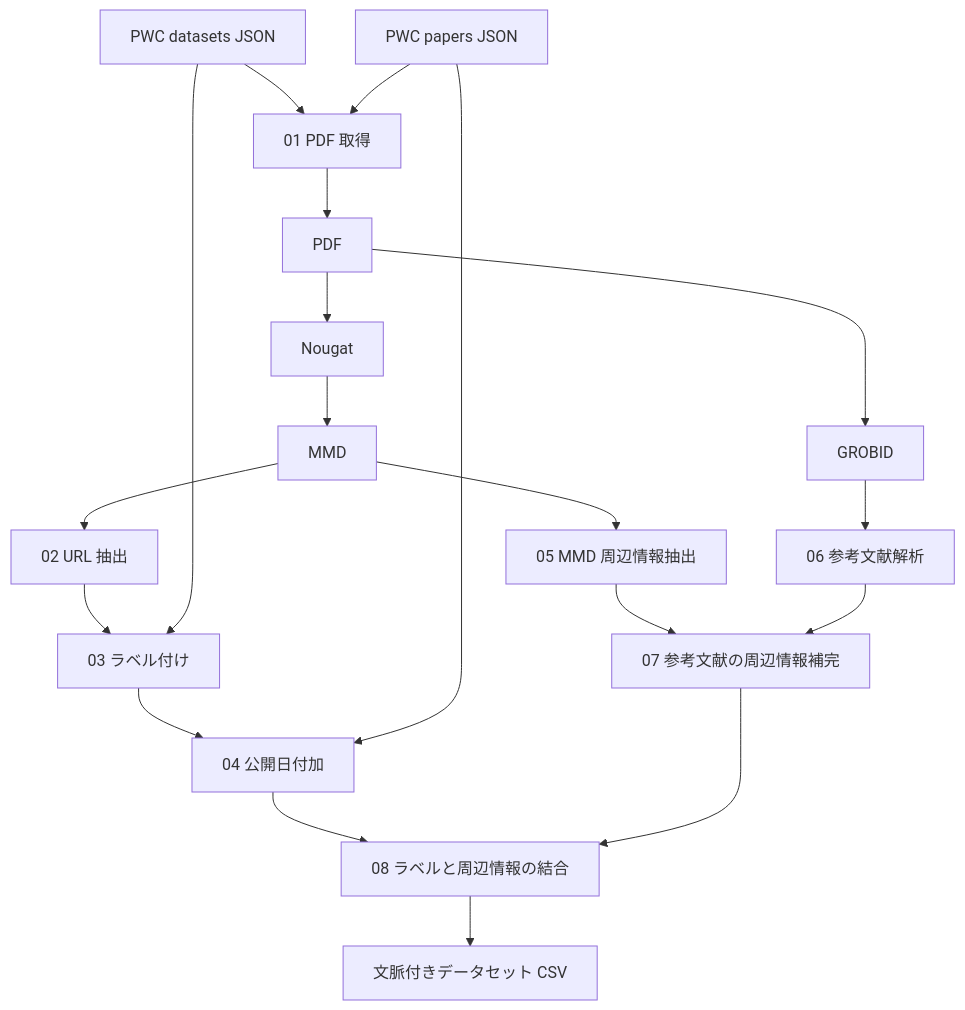
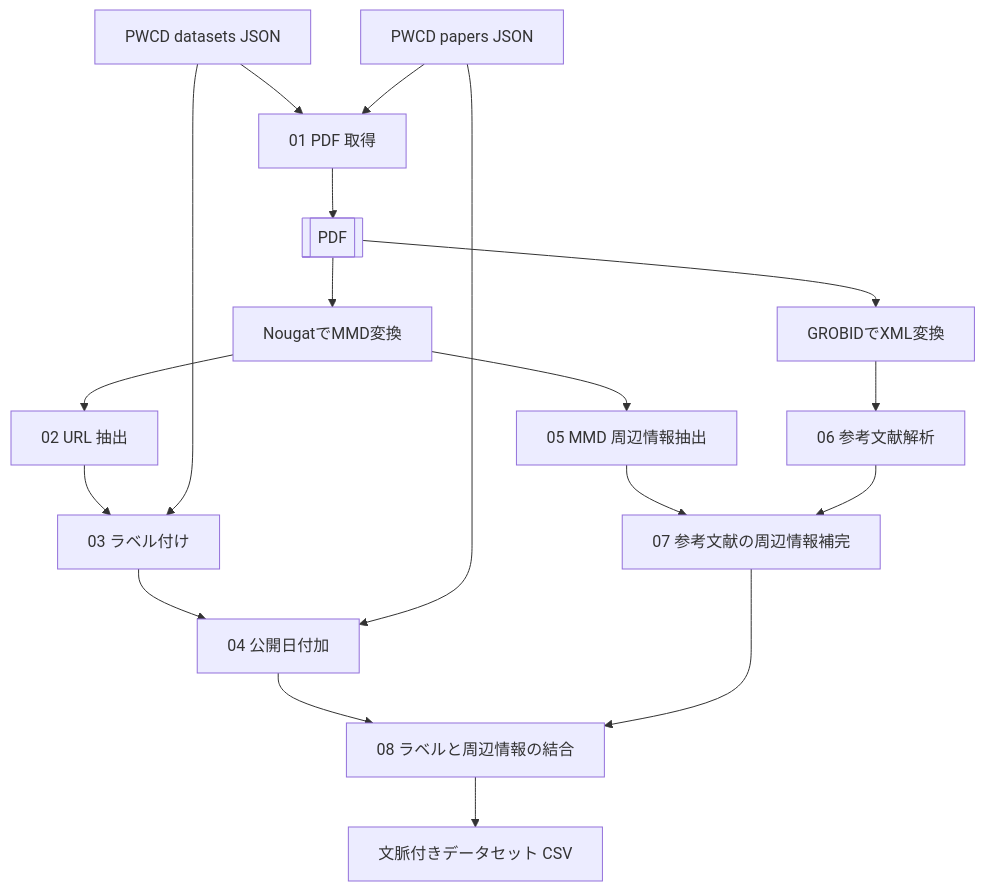
The diagram in data_construction_release/README_JA.md (ryoma1014/data-producing), drawn with Mermaid before and after one commit. The commit also changed other lines of this file and 7 other files, not shown here.

````diff
--- a/data_construction_release/README_JA.md
+++ b/data_construction_release/README_JA.md
@@ -9,21 +9,20 @@
 ```mermaid
 flowchart TD
-    A[PWC datasets JSON] --> B[01 PDF 取得]
-    P[PWC papers JSON] --> B
-    B --> C[PDF]
-    C --> N[Nougat]
-    N --> M[MMD]
-    M --> E[02 URL 抽出]
+    A[PWCD datasets JSON] --> B[01 PDF 取得]
+    P[PWCD papers JSON] --> B
+    B --> C[[PDF]]
+    C --> N[NougatでMMD変換]
+    N --> E[02 URL 抽出]
     E --> L[03 ラベル付け]
     A --> L
     L --> Y[04 公開日付加]
     P --> Y
-    M --> F[05 MMD 周辺情報抽出]
-    C --> G[GROBID]
+    N --> F[05 MMD 周辺情報抽出]
+    C --> G[GROBIDでXML変換]
     G --> X[06 参考文献解析]
     F --> R[07 参考文献の周辺情報補完]
     X --> R
     Y --> J[08 ラベルと周辺情報の結合]
     R --> J
     J --> D[文脈付きデータセット CSV]
 ```
````
